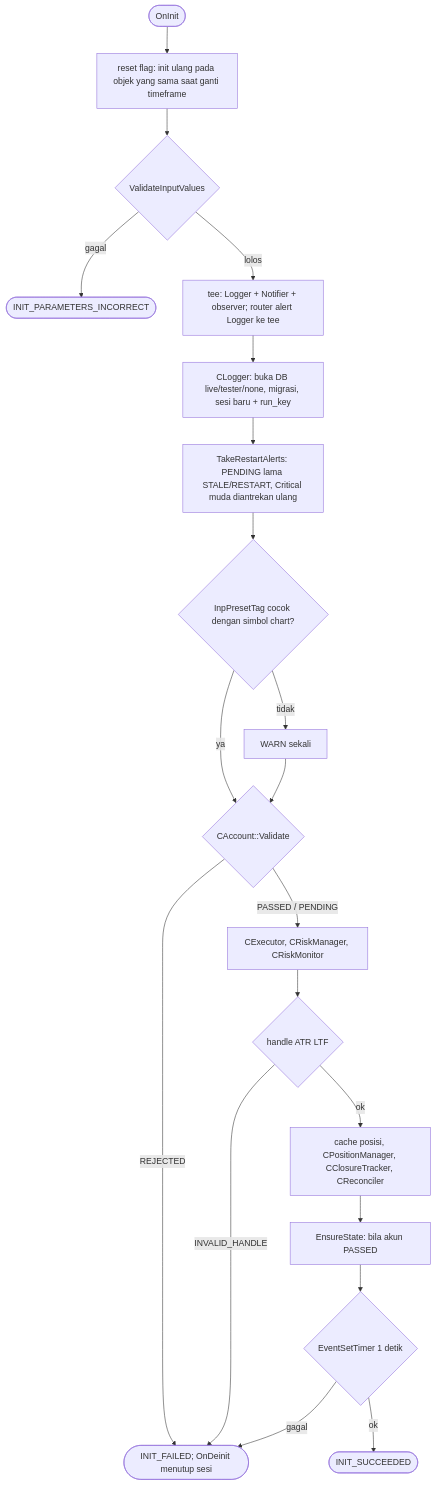
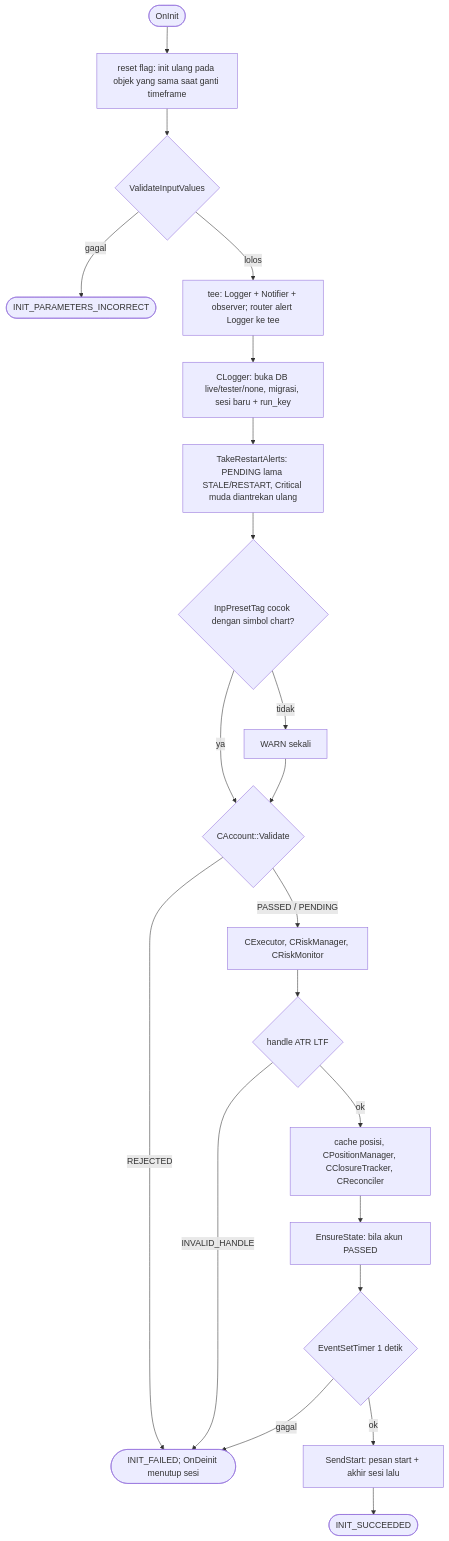
The first of 2 diagrams in sdbot/docs/flows/init.md (ndra969/trading-bot), drawn with Mermaid before and after one commit. The commit also changed other lines of this file and 64 other files, not shown here.

````diff
--- a/sdbot/docs/flows/init.md
+++ b/sdbot/docs/flows/init.md
@@ -5,23 +5,24 @@
 ```mermaid
 flowchart TB
     A([OnInit]) --> R[reset flag: init ulang pada objek yang sama saat ganti timeframe]
     R --> V{ValidateInputValues}
     V -->|gagal| P([INIT_PARAMETERS_INCORRECT])
     V -->|lolos| NT[tee: Logger + Notifier + observer; router alert Logger ke tee]
     NT --> S[CLogger: buka DB live/tester/none, migrasi, sesi baru + run_key]
     S --> RQ[TakeRestartAlerts: PENDING lama STALE/RESTART, Critical muda diantrekan ulang]
     RQ --> T
     T{InpPresetTag cocok dengan simbol chart?}
     T -->|tidak| W[WARN sekali]
     T -->|ya| AC
     W --> AC{CAccount::Validate}
     AC -->|REJECTED| F([INIT_FAILED; OnDeinit menutup sesi])
     AC -->|PASSED / PENDING| E[CExecutor, CRiskManager, CRiskMonitor]
     E --> H{handle ATR LTF}
     H -->|INVALID_HANDLE| F
     H -->|ok| PC[cache posisi, CPositionManager, CClosureTracker, CReconciler]
     PC --> ES[EnsureState: bila akun PASSED]
     ES --> TM{EventSetTimer 1 detik}
     TM -->|gagal| F
-    TM -->|ok| OK([INIT_SUCCEEDED])
+    TM -->|ok| ST[SendStart: pesan start + akhir sesi lalu]
+    ST --> OK([INIT_SUCCEEDED])
 ```
````
